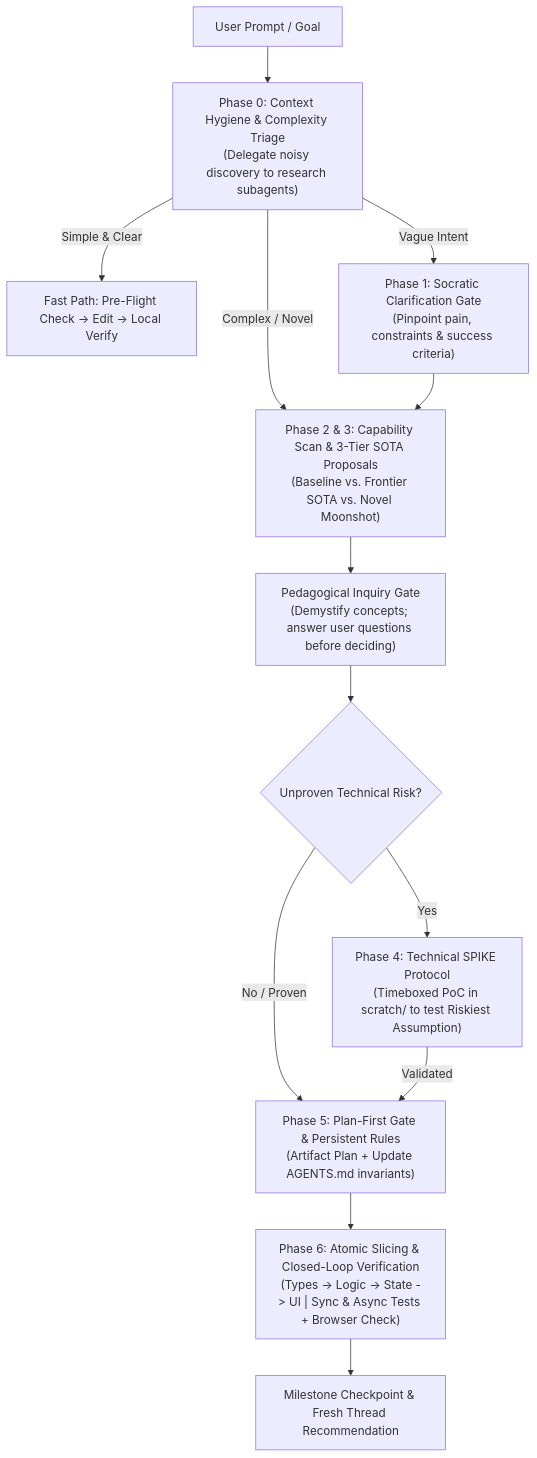
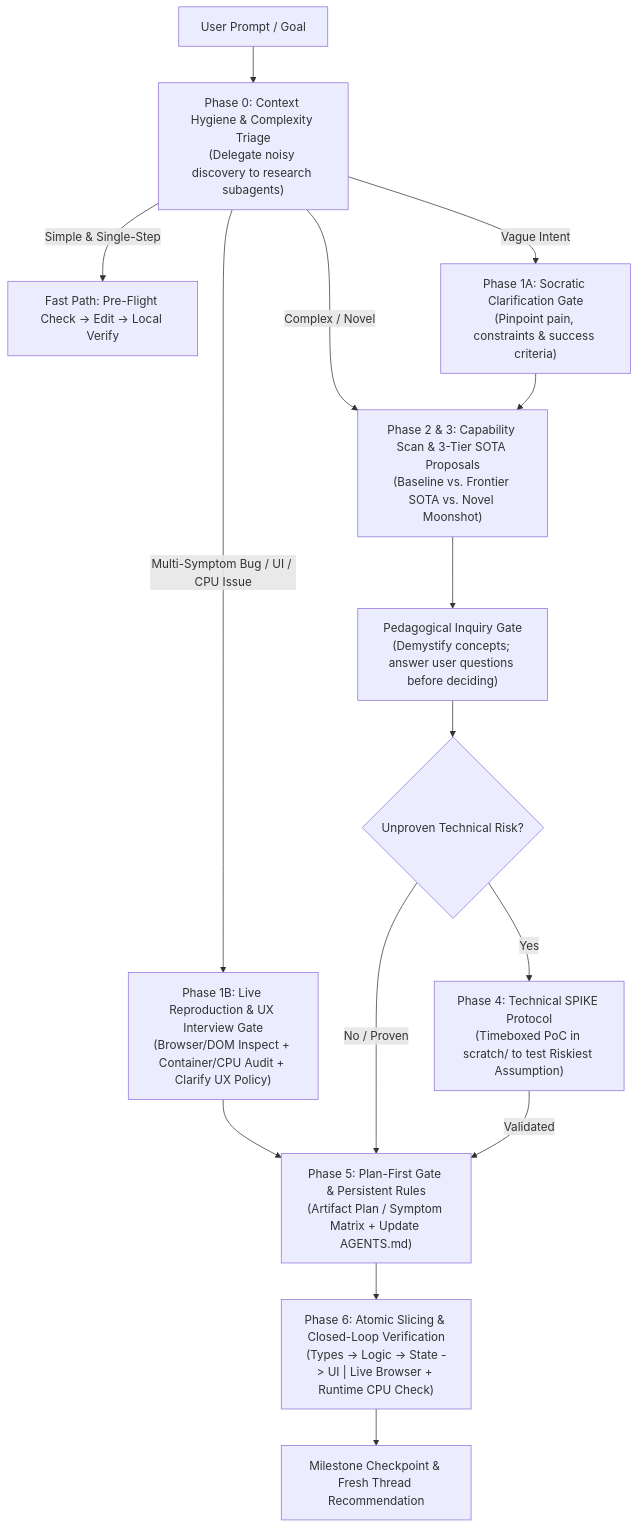
The diagram in frontier-architect/SKILL.md (davtoh/antigravity-skills), drawn with Mermaid before and after one commit. The commit also changed other lines of this file and 1 other file, not shown here.

Commit message:
chore: improve fixing bugs with frontier-architect

````diff
--- a/frontier-architect/SKILL.md
+++ b/frontier-architect/SKILL.md
@@ -37,20 +37,22 @@
 ```mermaid
 flowchart TD
     Start["User Prompt / Goal"] --> Hygiene["Phase 0: Context Hygiene & Complexity Triage\n(Delegate noisy discovery to research subagents)"]
     
-    Hygiene -->|Simple & Clear| FastSlice["Fast Path: Pre-Flight Check -> Edit -> Local Verify"]
-    Hygiene -->|Vague Intent| Clarify["Phase 1: Socratic Clarification Gate\n(Pinpoint pain, constraints & success criteria)"]
+    Hygiene -->|Simple & Single-Step| FastSlice["Fast Path: Pre-Flight Check -> Edit -> Local Verify"]
+    Hygiene -->|Multi-Symptom Bug / UI / CPU Issue| DiagGate["Phase 1B: Live Reproduction & UX Interview Gate\n(Browser/DOM Inspect + Container/CPU Audit + Clarify UX Policy)"]
+    Hygiene -->|Vague Intent| Clarify["Phase 1A: Socratic Clarification Gate\n(Pinpoint pain, constraints & success criteria)"]
     Hygiene -->|Complex / Novel| Elevate["Phase 2 & 3: Capability Scan & 3-Tier SOTA Proposals\n(Baseline vs. Frontier SOTA vs. Novel Moonshot)"]
     
     Clarify --> Elevate
+    DiagGate --> PlanGate
     
     Elevate --> Dialogue["Pedagogical Inquiry Gate\n(Demystify concepts; answer user questions before deciding)"]
     Dialogue --> RiskCheck{"Unproven Technical Risk?"}
     
     RiskCheck -->|Yes| Spike["Phase 4: Technical SPIKE Protocol\n(Timeboxed PoC in scratch/ to test Riskiest Assumption)"]
-    RiskCheck -->|No / Proven| PlanGate["Phase 5: Plan-First Gate & Persistent Rules\n(Artifact Plan + Update AGENTS.md invariants)"]
+    RiskCheck -->|No / Proven| PlanGate["Phase 5: Plan-First Gate & Persistent Rules\n(Artifact Plan / Symptom Matrix + Update AGENTS.md)"]
     Spike -->|Validated| PlanGate
     
-    PlanGate --> Loop["Phase 6: Atomic Slicing & Closed-Loop Verification\n(Types -> Logic -> State -> UI | Sync & Async Tests + Browser Check)"]
+    PlanGate --> Loop["Phase 6: Atomic Slicing & Closed-Loop Verification\n(Types -> Logic -> State -> UI | Live Browser + Runtime CPU Check)"]
     Loop --> Handoff["Milestone Checkpoint & Fresh Thread Recommendation"]
 ```
````
